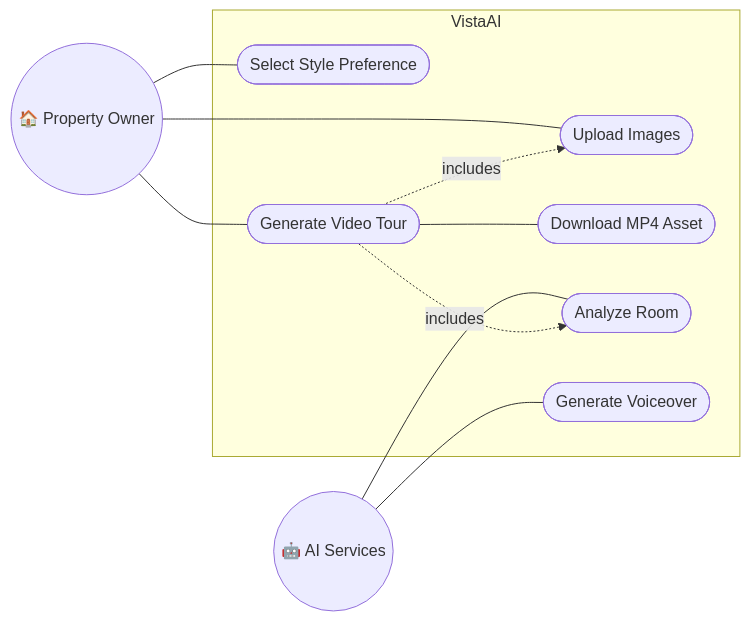
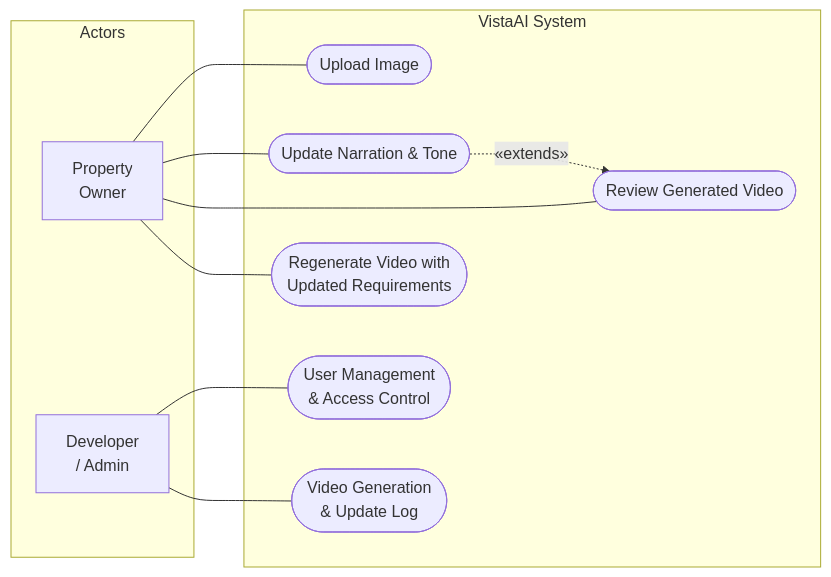
The sixth of 6 diagrams in README.md (23f2002284/VistaAI), drawn with Mermaid before and after one commit. The commit also changed other lines of this file and 1 other file, not shown here.

Commit message:
minor error in diagram solved

````diff
--- a/README.md
+++ b/README.md
@@ -181,23 +202,26 @@
 ```mermaid
 flowchart LR
-    PO(("🏠 Property Owner"))
-    AI(("🤖 AI Services"))
-    
-    subgraph VistaAI
-        UC1([Upload Images])
-        UC2([Select Style Preference])
-        UC3([Generate Video Tour])
-        UC4([Download MP4 Asset])
-        UC5([Analyze Room])
-        UC6([Generate Voiceover])
+    subgraph Actors
+        PO["Property\nOwner"]
+        DA["Developer\n/ Admin"]
     end
-    
+
+    subgraph VistaAI System
+        UC1([Upload Image])
+        UC2([Update Narration & Tone])
+        UC3([Review Generated Video])
+        UC4([Regenerate Video with\nUpdated Requirements])
+        UC5([User Management\n& Access Control])
+        UC6([Video Generation\n& Update Log])
+    end
+
     PO --- UC1
     PO --- UC2
     PO --- UC3
-    UC3 --- UC4
-    AI --- UC5
-    AI --- UC6
-    UC3 -.->|includes| UC1
-    UC3 -.->|includes| UC5
+    PO --- UC4
+
+    UC2 -.->|"«extends»"| UC3
+
+    DA --- UC5
+    DA --- UC6
 ```
````
